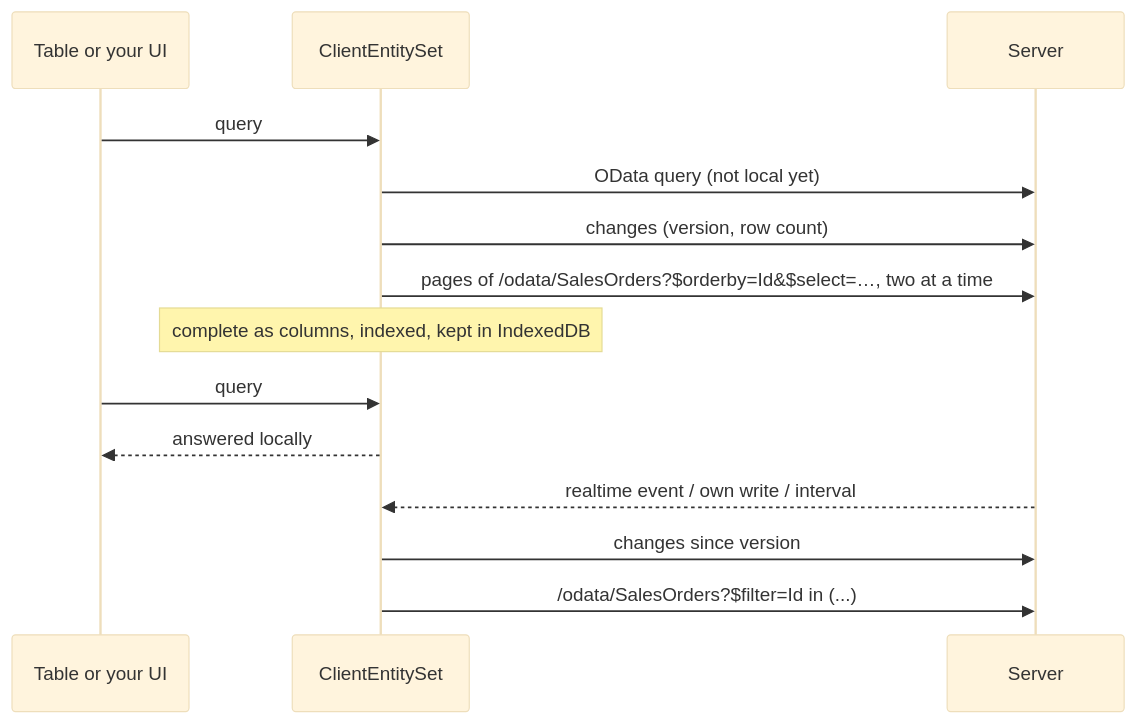
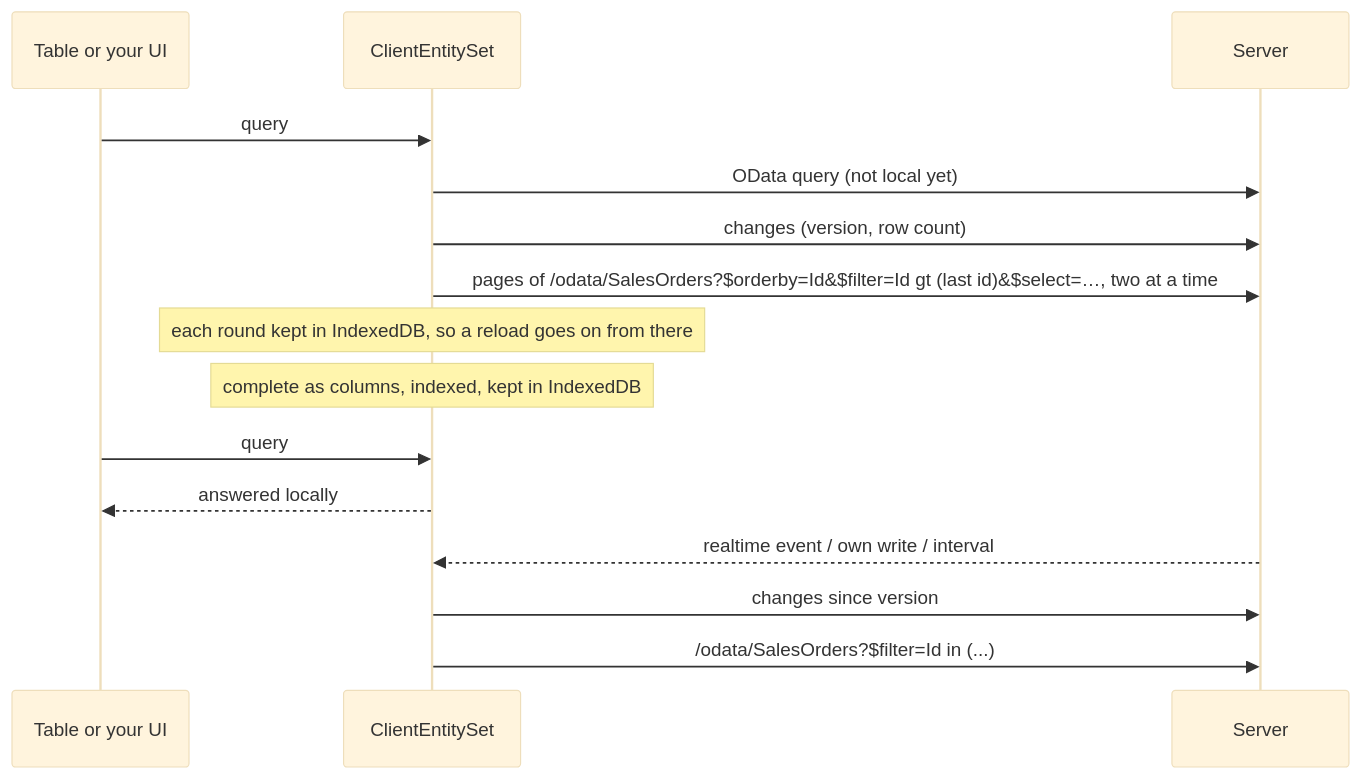
Before and after one commit to fgilde/CoworkeeLib: the diagram in website/docs/ui/client-entities.md, drawn with Mermaid (base theme). The commit also changed other lines of this file and 26 other files, not shown here.

````diff
--- a/website/docs/ui/client-entities.md
+++ b/website/docs/ui/client-entities.md
@@ -9,16 +9,17 @@
 ```mermaid
 sequenceDiagram
     participant T as Table or your UI
     participant S as ClientEntitySet
     participant API as Server
     T->>S: query
     S->>API: OData query (not local yet)
     S->>API: changes (version, row count)
-    S->>API: pages of /odata/SalesOrders?$orderby=Id&$select=…, two at a time
+    S->>API: pages of /odata/SalesOrders?$orderby=Id&$filter=Id gt (last id)&$select=…, two at a time
+    Note over S: each round kept in IndexedDB, so a reload goes on from there
     Note over S: complete as columns, indexed, kept in IndexedDB
     T->>S: query
     S-->>T: answered locally
     API-->>S: realtime event / own write / interval
     S->>API: changes since version
     S->>API: /odata/SalesOrders?$filter=Id in (...)
 ```
````
